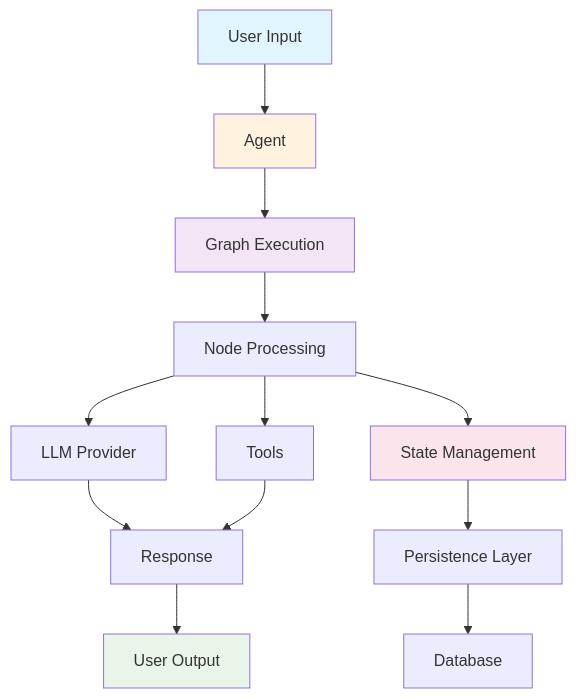
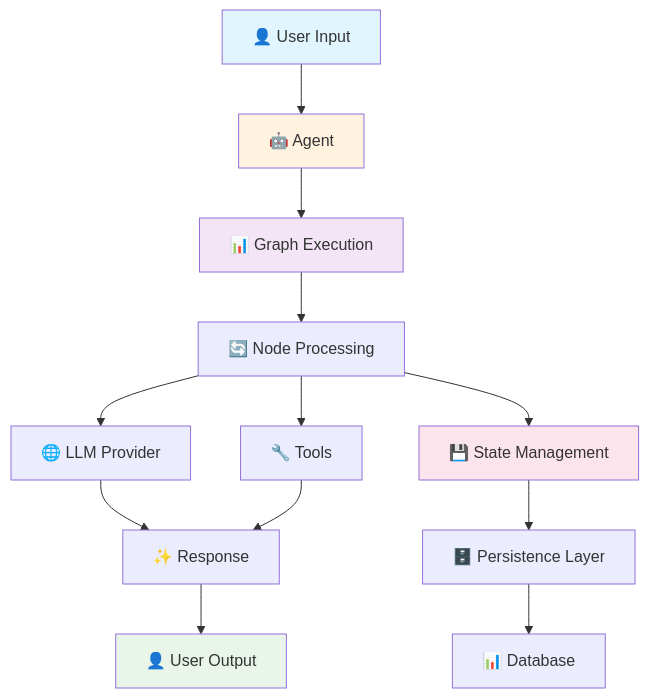
The diagram in docs/index.md (piotrlaczkowski/GoLangGraph), drawn with Mermaid before and after one commit. The commit also changed other lines of this file and 7 other files, not shown here.

````diff
--- a/docs/index.md
+++ b/docs/index.md
@@ -95,20 +147,20 @@
 ```mermaid
 graph TB
-    A[User Input] --> B[Agent]
-    B --> C[Graph Execution]
-    C --> D[Node Processing]
-    D --> E[LLM Provider]
-    D --> F[Tools]
-    D --> G[State Management]
-    G --> H[Persistence Layer]
-    H --> I[Database]
-    E --> J[Response]
+    A[👤 User Input] --> B[🤖 Agent]
+    B --> C[📊 Graph Execution]
+    C --> D[🔄 Node Processing]
+    D --> E[🌐 LLM Provider]
+    D --> F[🔧 Tools]
+    D --> G[💾 State Management]
+    G --> H[🗄️ Persistence Layer]
+    H --> I[📊 Database]
+    E --> J[✨ Response]
     F --> J
-    J --> K[User Output]
+    J --> K[👤 User Output]
     
     style A fill:#e1f5fe
     style K fill:#e8f5e8
     style B fill:#fff3e0
     style C fill:#f3e5f5
     style G fill:#fce4ec
 ```
````
